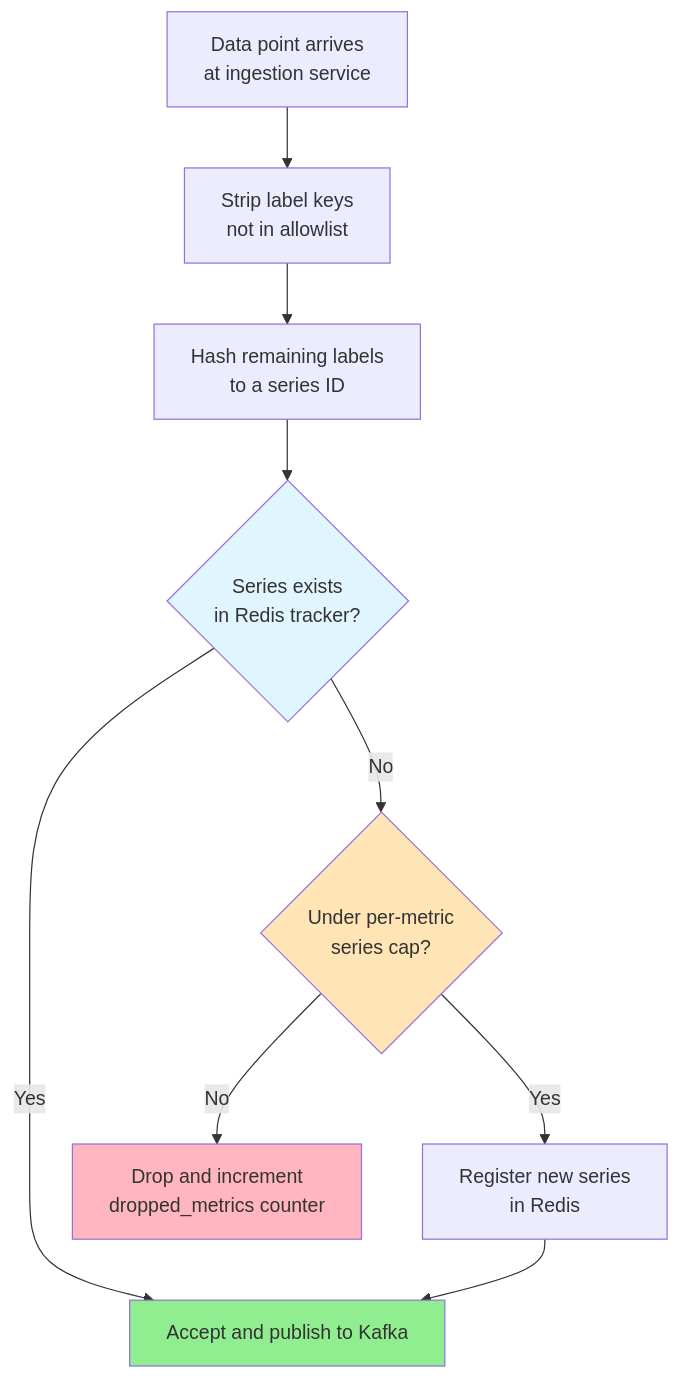
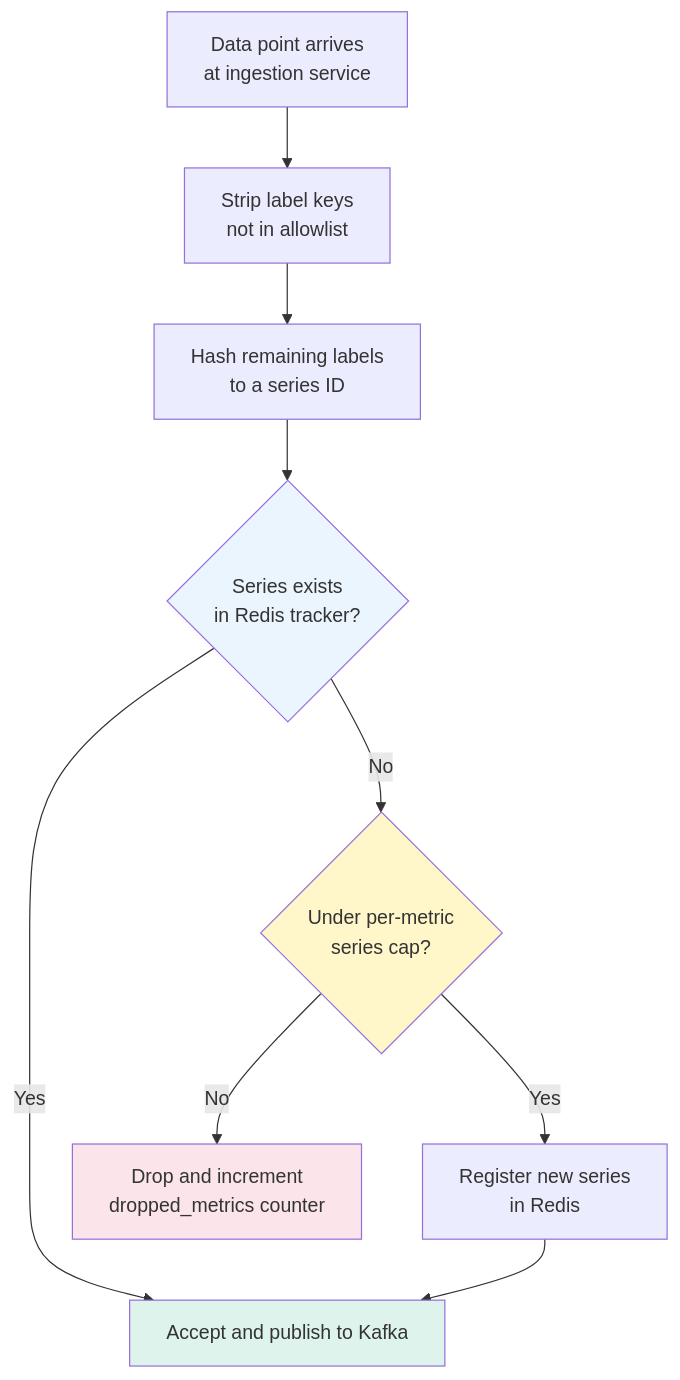
One commit to cartmancodes/InterviewVault changed the second of 2 diagrams in LLD/SystemDesign/ProblemBreakdowns/MetricsMonitoring.md. Above: the diagram before and after it, drawn with Mermaid. The commit also changed 679 other files, not shown here.

Commit message:
Unify content diagrams and add accessible visual walkthroughs

````diff
--- a/LLD/SystemDesign/ProblemBreakdowns/MetricsMonitoring.md
+++ b/LLD/SystemDesign/ProblemBreakdowns/MetricsMonitoring.md
@@ -442,15 +442,15 @@
 ```mermaid
 graph TB
     A[Data point arrives<br/>at ingestion service] --> B[Strip label keys<br/>not in allowlist]
     B --> C[Hash remaining labels<br/>to a series ID]
     C --> D{Series exists<br/>in Redis tracker?}
     D -->|Yes| E["Accept and publish to Kafka"]
     D -->|No| F{Under per-metric<br/>series cap?}
     F -->|Yes| G[Register new series<br/>in Redis] --> E
     F -->|No| H["Drop and increment<br/>dropped_metrics counter"]
 
-    style E fill:#90EE90
-    style H fill:#FFB6C1
-    style D fill:#e1f5ff
-    style F fill:#FFE4B5
+    style E fill:#DDF3EC
+    style H fill:#FCE5EA
+    style D fill:#EAF5FD
+    style F fill:#FFF6C9
 ```
````
